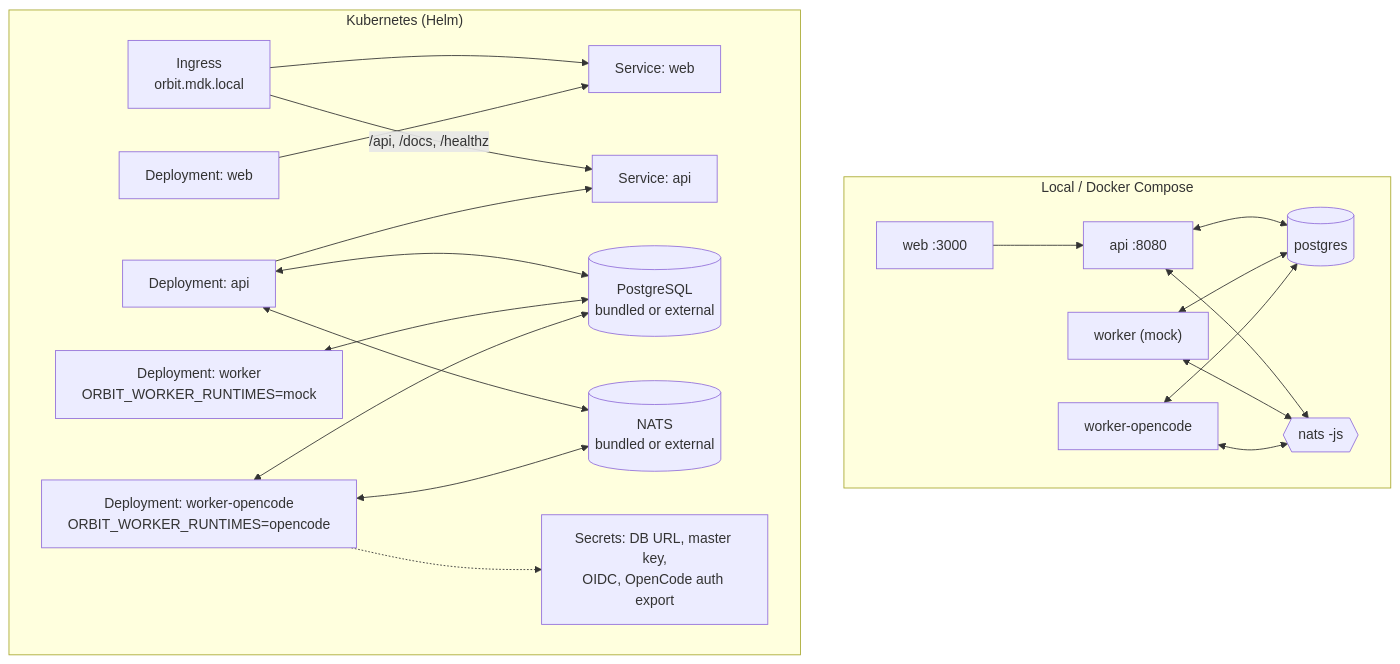
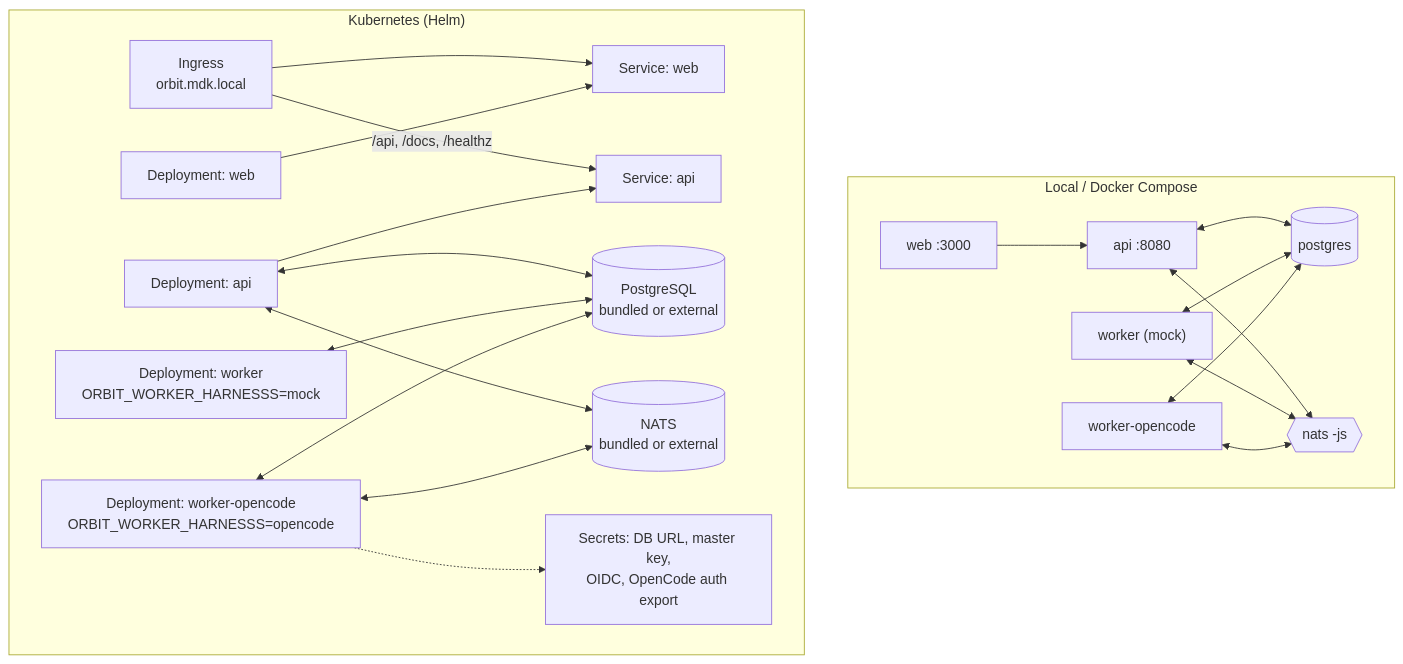
The fifth of 5 diagrams in docs/architecture/diagram.md (mikemikimike/orbit), drawn with Mermaid before and after one commit. The commit also changed other lines of this file and 116 other files, not shown here.

````diff
--- a/docs/architecture/diagram.md
+++ b/docs/architecture/diagram.md
@@ -196,34 +196,34 @@
 ```mermaid
 flowchart TB
   subgraph Local["Local / Docker Compose"]
     LWeb["web :3000"] --> LApi["api :8080"]
     LWorker["worker (mock)"]
     LOpencode["worker-opencode"]
     LDb[("postgres")]
     LNats{{"nats -js"}}
     LApi <--> LDb
     LApi <--> LNats
     LWorker <--> LDb
     LWorker <--> LNats
     LOpencode <--> LDb
     LOpencode <--> LNats
   end
 
   subgraph K8s["Kubernetes (Helm)"]
     Ing["Ingress<br/>orbit.mdk.local"] --> SvcWeb["Service: web"]
     Ing -->|"/api, /docs, /healthz"| SvcApi["Service: api"]
     WebD["Deployment: web"] --> SvcWeb
     ApiD["Deployment: api"] --> SvcApi
-    WorkerD["Deployment: worker<br/>ORBIT_WORKER_RUNTIMES=mock"]
-    OpencodeD["Deployment: worker-opencode<br/>ORBIT_WORKER_RUNTIMES=opencode"]
+    WorkerD["Deployment: worker<br/>ORBIT_WORKER_HARNESSS=mock"]
+    OpencodeD["Deployment: worker-opencode<br/>ORBIT_WORKER_HARNESSS=opencode"]
     Pg[("PostgreSQL<br/>bundled or external")]
     Nats[("NATS<br/>bundled or external")]
     Secret["Secrets: DB URL, master key,<br/>OIDC, OpenCode auth export"]
     ApiD <--> Pg
     ApiD <--> Nats
     WorkerD <--> Pg
     OpencodeD <--> Pg
     OpencodeD <--> Nats
     OpencodeD -.-> Secret
   end
 ```
````
